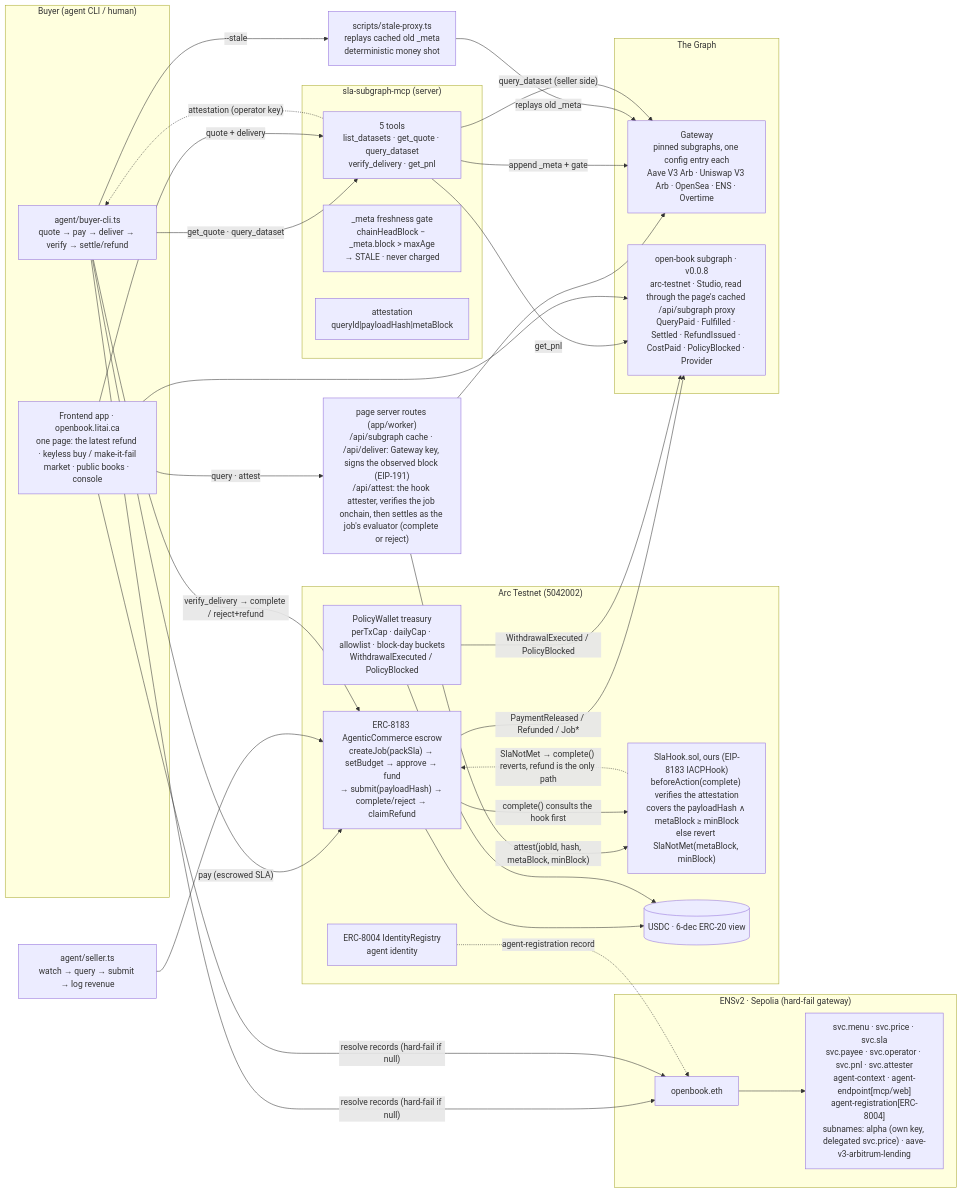
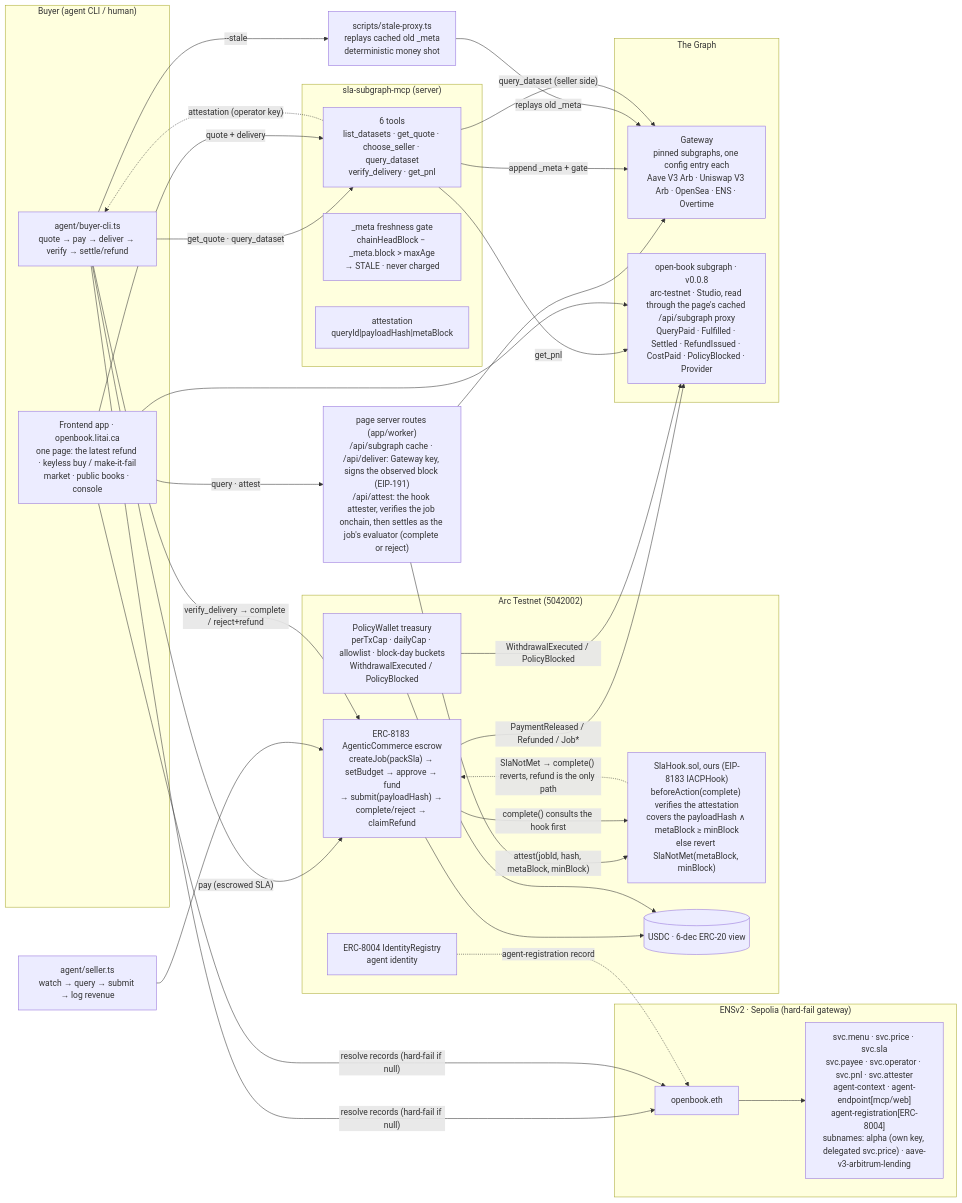
One commit to Aliserag/ethonline2026-openbook changed the diagram in docs/architecture.md. Above: the diagram before and after it, drawn with Mermaid. The commit also changed 9 other files, not shown here.

Commit message:
feat(mcp+console): choose_seller decides from live ENS terms and the dataset's index lag; ens can-edit answers EAC delegation by eth_call; delegate.sh grants and proves a delegation; docs

````diff
--- a/docs/architecture.md
+++ b/docs/architecture.md
@@ -12,60 +12,60 @@
 ```mermaid
 flowchart LR
     subgraph BuyerSide["Buyer (agent CLI / human)"]
         BC[agent/buyer-cli.ts<br/>quote → pay → deliver → verify → settle/refund]
         FE[Frontend app · openbook.litai.ca<br/>one page: the latest refund · keyless buy / make-it-fail<br/>market · public books · console]
     end
 
     subgraph ENSv2["ENSv2 · Sepolia (hard-fail gateway)"]
         NAME[openbook.eth]
         RECS["svc.menu · svc.price · svc.sla<br/>svc.payee · svc.operator · svc.pnl · svc.attester<br/>agent-context · agent-endpoint[mcp/web]<br/>agent-registration[ERC-8004]<br/>subnames: alpha (own key, delegated svc.price) · aave-v3-arbitrum-lending"]
         NAME --> RECS
     end
 
     subgraph Arc["Arc Testnet (5042002)"]
         J["ERC-8183 AgenticCommerce escrow<br/>createJob(packSla) → setBudget → approve → fund<br/>→ submit(payloadHash) → complete/reject → claimRefund"]
         HOOK["SlaHook.sol, ours (EIP-8183 IACPHook)<br/>beforeAction(complete) verifies the attestation<br/>covers the payloadHash ∧ metaBlock ≥ minBlock<br/>else revert SlaNotMet(metaBlock, minBlock)"]
         W["PolicyWallet treasury<br/>perTxCap · dailyCap · allowlist · block-day buckets<br/>WithdrawalExecuted / PolicyBlocked"]
         ID["ERC-8004 IdentityRegistry<br/>agent identity"]
         USDC[(USDC · 6-dec ERC-20 view)]
     end
 
     subgraph MCP["sla-subgraph-mcp (server)"]
-        S["5 tools<br/>list_datasets · get_quote · query_dataset<br/>verify_delivery · get_pnl"]
+        S["6 tools<br/>list_datasets · get_quote · choose_seller · query_dataset<br/>verify_delivery · get_pnl"]
         GATE["_meta freshness gate<br/>chainHeadBlock − _meta.block > maxAge<br/>→ STALE · never charged"]
         SIGN["attestation<br/>queryId|payloadHash|metaBlock"]
     end
 
     subgraph Graph["The Graph"]
         GW[Gateway<br/>pinned subgraphs, one config entry each<br/>Aave V3 Arb · Uniswap V3 Arb · OpenSea · ENS · Overtime]
         PNL[open-book subgraph · v0.0.8<br/>arc-testnet · Studio, read through the page's cached /api/subgraph proxy<br/>QueryPaid · Fulfilled · Settled · RefundIssued · CostPaid · PolicyBlocked · Provider]
     end
 
     SP[scripts/stale-proxy.ts<br/>replays cached old _meta<br/>deterministic money shot]
     API["page server routes (app/worker)<br/>/api/subgraph cache · /api/deliver: Gateway key, signs the observed block (EIP-191)<br/>/api/attest: the hook attester, verifies the job onchain, then settles as the job's evaluator (complete or reject)"]
     FE -->|"query · attest"| API
     API --> GW
     API -->|"attest(jobId, hash, metaBlock, minBlock)"| HOOK
 
     BC -->|"resolve records (hard-fail if null)"| NAME
     FE -->|"resolve records (hard-fail if null)"| NAME
     BC -->|"get_quote · query_dataset"| S
     FE -->|"quote + delivery"| S
     S -->|"append _meta + gate"| GW
     BC -->|"--stale"| SP
     SP -->|"replays old _meta"| GW
     BC -->|"pay (escrowed SLA)"| J
     S -->|"query_dataset (seller side)"| GW
     SEL[agent/seller.ts<br/>watch → query → submit → log revenue] --> J
     BC -->|"verify_delivery → complete / reject+refund"| J
     J -->|"complete() consults the hook first"| HOOK
     HOOK -.->|"SlaNotMet → complete() reverts, refund is the only path"| J
     J --> USDC
     J -->|"PaymentReleased / Refunded / Job*"| PNL
     W --> USDC
     W -->|"WithdrawalExecuted / PolicyBlocked"| PNL
     S -->|"get_pnl"| PNL
     FE --> PNL
     ID -.->|"agent-registration record"| NAME
     S -.->|"attestation (operator key)"| BC
 ```
````
